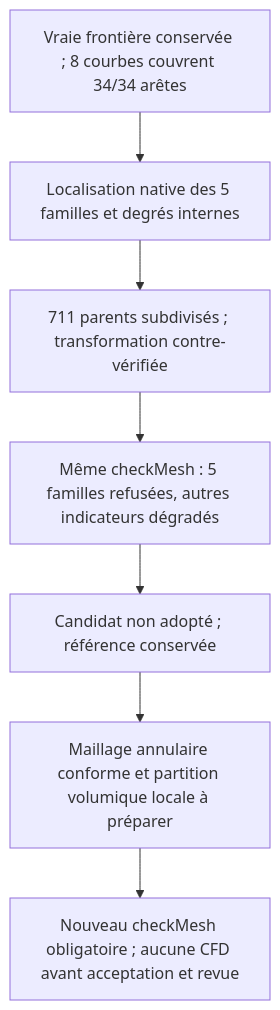
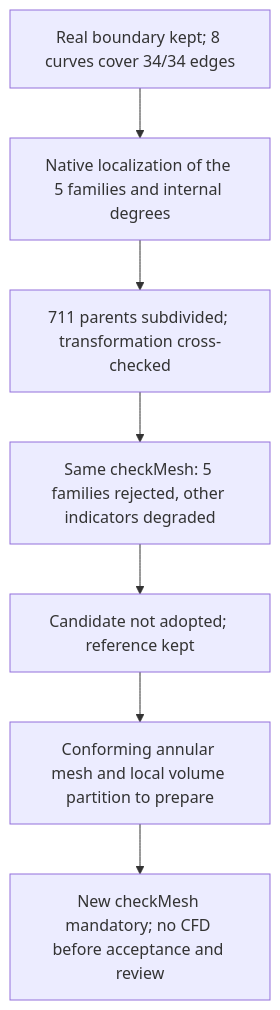
One commit to cluster2600/porscheparts changed the diagram in docs/reports/M64_MAILLAGE_PARTITION_UNIFIEE_20260908.md. Above: the diagram before and after it, drawn with Mermaid. The commit also changed other lines of this file and 228 other files, not shown here.

````diff
--- a/docs/reports/M64_MAILLAGE_PARTITION_UNIFIEE_20260908.md
+++ b/docs/reports/M64_MAILLAGE_PARTITION_UNIFIEE_20260908.md
@@ -239,9 +238,9 @@
 ```mermaid
 flowchart TD
-    A["Vraie frontière conservée ; 8 courbes couvrent 34/34 arêtes"] --> B["Localisation native des 5 familles et degrés internes"]
-    B --> C["711 parents subdivisés ; transformation contre-vérifiée"]
-    C --> D["Même checkMesh : 5 familles refusées, autres indicateurs dégradés"]
-    D --> E["Candidat non adopté ; référence conservée"]
-    E --> F["Maillage annulaire conforme et partition volumique locale à préparer"]
-    F --> G["Nouveau checkMesh obligatoire ; aucune CFD avant acceptation et revue"]
+    A["Real boundary kept; 8 curves cover 34/34 edges"] --> B["Native localization of the 5 families and internal degrees"]
+    B --> C["711 parents subdivided; transformation cross-checked"]
+    C --> D["Same checkMesh: 5 families rejected, other indicators degraded"]
+    D --> E["Candidate not adopted; reference kept"]
+    E --> F["Conforming annular mesh and local volume partition to prepare"]
+    F --> G["New checkMesh mandatory; no CFD before acceptance and review"]
 ```
````
